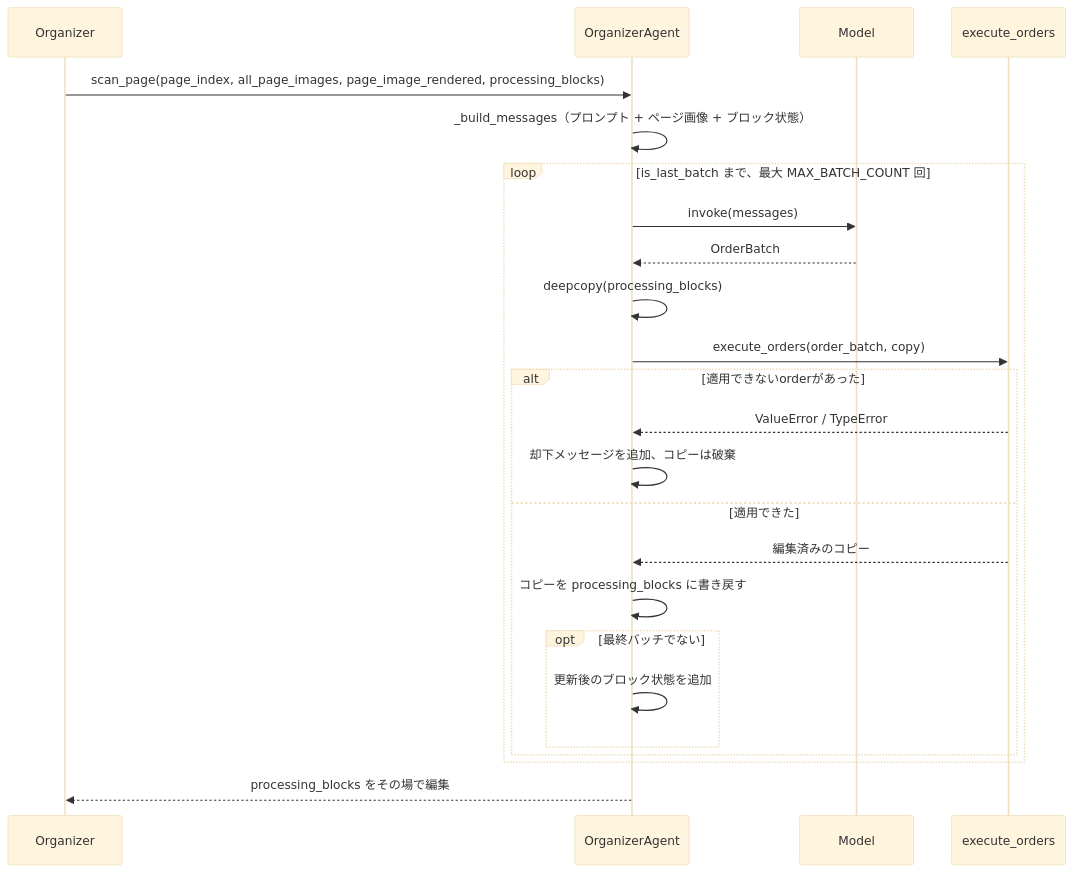
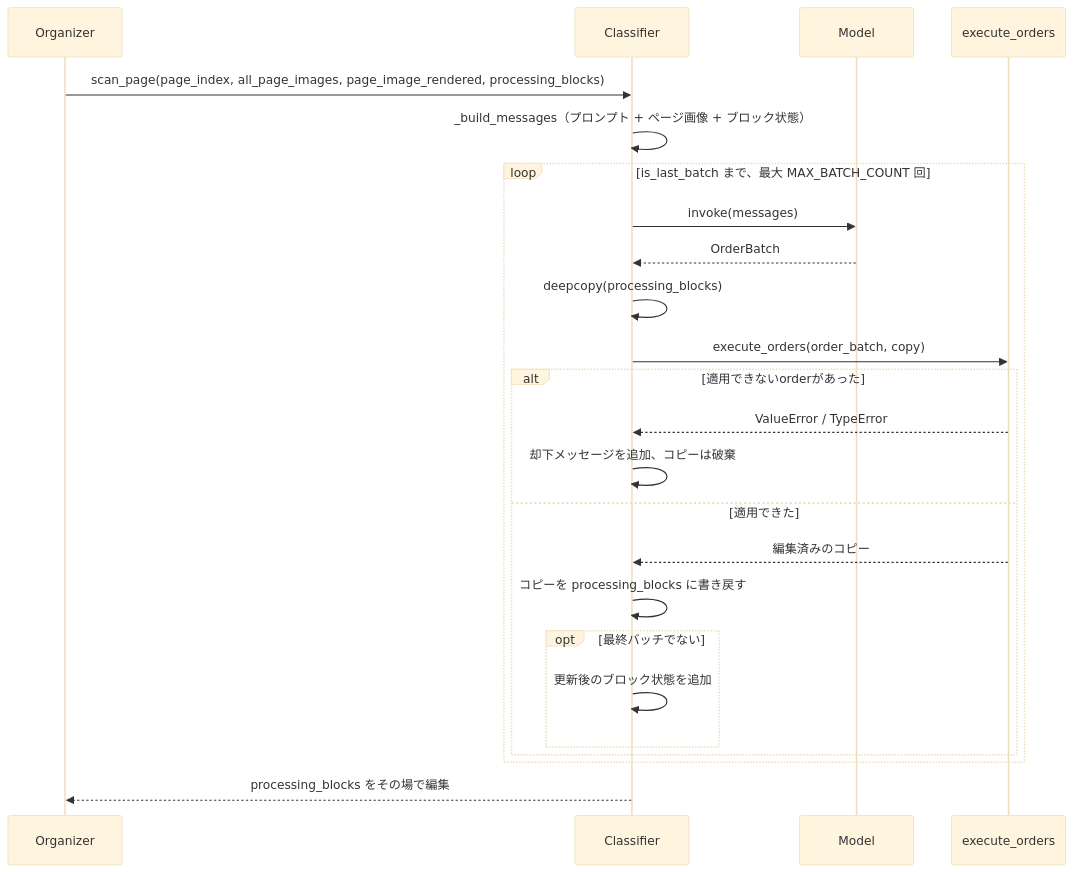
Before and after one commit to konbraphat51/SuperSuat: the second of 2 diagrams in Uploader/OcrModule/Blocked/Docs/StructureOrganizer.ja.md, drawn with Mermaid (base theme). The commit also changed other lines of this file and 6 other files, not shown here.

Commit message:
refac: move the page-organizing agent into Classifier/

````diff
--- a/Uploader/OcrModule/Blocked/Docs/StructureOrganizer.ja.md
+++ b/Uploader/OcrModule/Blocked/Docs/StructureOrganizer.ja.md
@@ -81,26 +81,26 @@
 ```mermaid
 sequenceDiagram
     participant Organizer
-    participant OrganizerAgent
+    participant Classifier
     participant Model
     participant Executor as execute_orders
-    Organizer->>OrganizerAgent: scan_page(page_index, all_page_images, page_image_rendered, processing_blocks)
-    OrganizerAgent->>OrganizerAgent: _build_messages（プロンプト + ページ画像 + ブロック状態）
+    Organizer->>Classifier: scan_page(page_index, all_page_images, page_image_rendered, processing_blocks)
+    Classifier->>Classifier: _build_messages（プロンプト + ページ画像 + ブロック状態）
     loop is_last_batch まで、最大 MAX_BATCH_COUNT 回
-        OrganizerAgent->>Model: invoke(messages)
-        Model-->>OrganizerAgent: OrderBatch
-        OrganizerAgent->>OrganizerAgent: deepcopy(processing_blocks)
-        OrganizerAgent->>Executor: execute_orders(order_batch, copy)
+        Classifier->>Model: invoke(messages)
+        Model-->>Classifier: OrderBatch
+        Classifier->>Classifier: deepcopy(processing_blocks)
+        Classifier->>Executor: execute_orders(order_batch, copy)
         alt 適用できないorderがあった
-            Executor-->>OrganizerAgent: ValueError / TypeError
-            OrganizerAgent->>OrganizerAgent: 却下メッセージを追加、コピーは破棄
+            Executor-->>Classifier: ValueError / TypeError
+            Classifier->>Classifier: 却下メッセージを追加、コピーは破棄
         else 適用できた
-            Executor-->>OrganizerAgent: 編集済みのコピー
-            OrganizerAgent->>OrganizerAgent: コピーを processing_blocks に書き戻す
+            Executor-->>Classifier: 編集済みのコピー
+            Classifier->>Classifier: コピーを processing_blocks に書き戻す
             opt 最終バッチでない
-                OrganizerAgent->>OrganizerAgent: 更新後のブロック状態を追加
+                Classifier->>Classifier: 更新後のブロック状態を追加
             end
         end
     end
-    OrganizerAgent-->>Organizer: processing_blocks をその場で編集
+    Classifier-->>Organizer: processing_blocks をその場で編集
 ```
````
